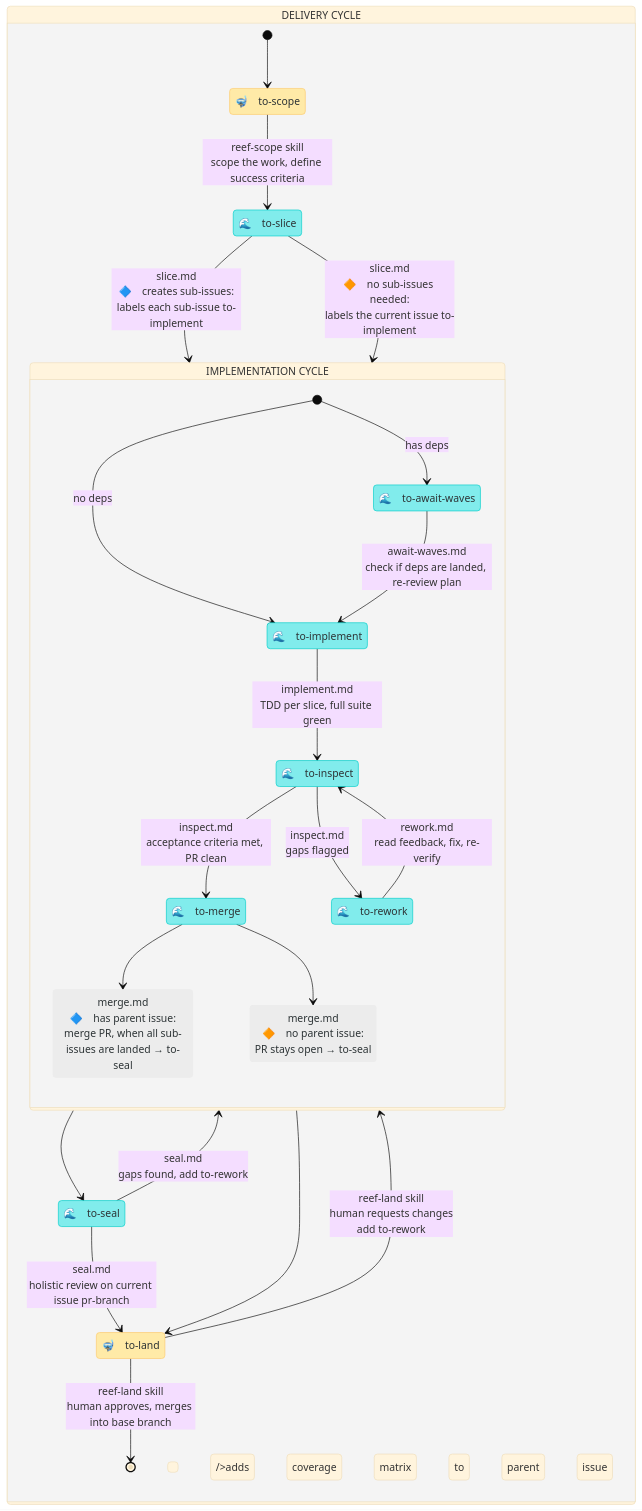
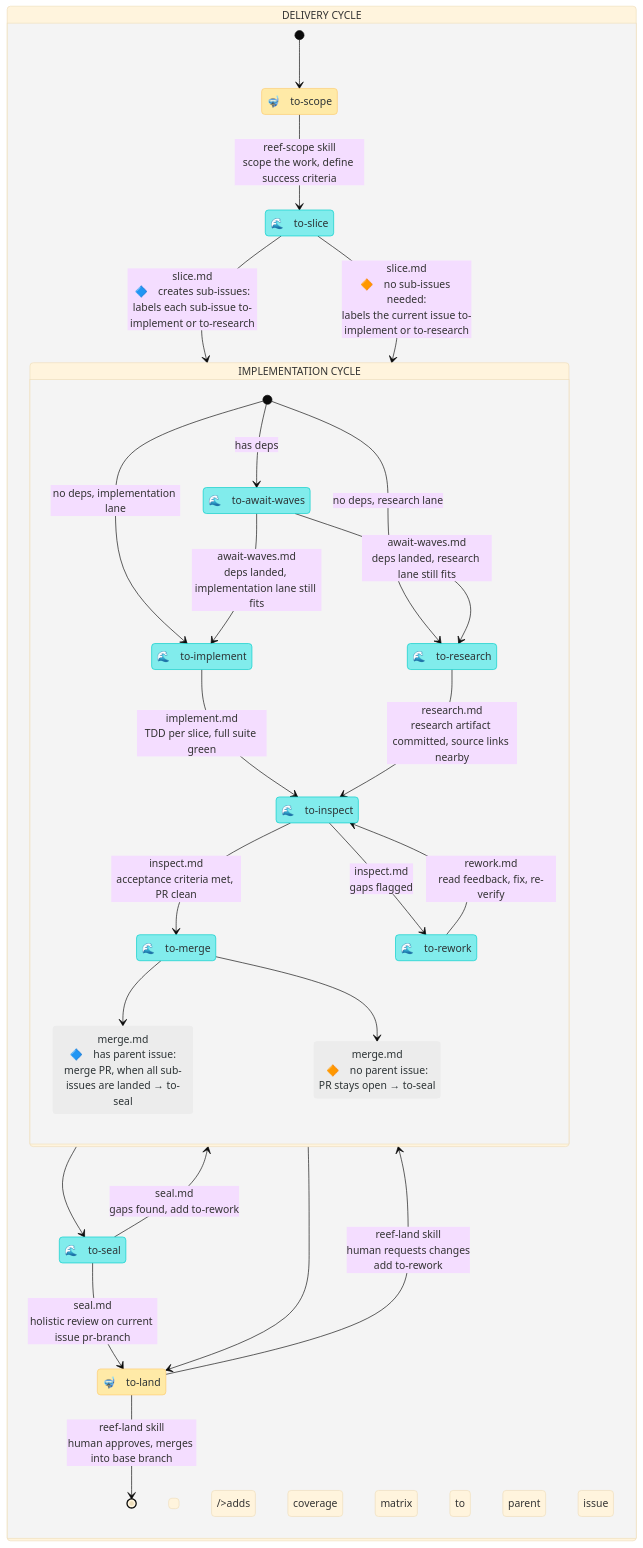
Before and after one commit to mesqueeb/moonjelly-reef: the diagram in README.md, drawn with Mermaid (base theme). The commit also changed other lines of this file and 20 other files, not shown here.

````diff
--- a/README.md
+++ b/README.md
@@ -30,52 +30,56 @@
 ```mermaid
 stateDiagram-v2
     direction TB
 
     classDef human fill:#ffeaa7,stroke:#fdcb6e,color:#2d3436
     classDef agent fill:#81ecec,stroke:#00cec9,color:#2d3436
     classDef arrow fill:#ececec,stroke:#ffffff00,color:#2d3436
 
     state "DELIVERY CYCLE" as work {
 
         state "🤿　to-scope" as to_scope
         state "🌊　to-slice" as to_slice
         state "🌊　to-seal" as to_seal
         state "🤿　to-land" as to_land
 
         [*] --> to_scope
         to_scope --> to_slice : reef-scope skill<br />scope the work, define success criteria
-        to_slice --> slice_lifecycle : slice.md<br />🔷　creates sub-issues:<br />labels each sub-issue to-implement
+        to_slice --> slice_lifecycle : slice.md<br />🔷　creates sub-issues:<br />labels each sub-issue to-implement or to-research
 <br />adds coverage matrix to parent issue
-        to_slice --> slice_lifecycle : slice.md<br />🔶　no sub-issues needed:<br />labels the current issue to-implement
+        to_slice --> slice_lifecycle : slice.md<br />🔶　no sub-issues needed:<br />labels the current issue to-implement or to-research
         slice_lifecycle --> to_seal
         slice_lifecycle --> to_land
         to_seal --> to_land : seal.md<br />holistic review on current issue pr-branch
         to_seal --> slice_lifecycle : seal.md<br />gaps found, add to-rework
         to_land --> [*] : reef-land skill<br />human approves, merges into base branch
         to_land --> slice_lifecycle : reef-land skill<br />human requests changes<br />add to-rework
     }
 
     state "IMPLEMENTATION CYCLE" as slice_lifecycle {
 
         state "🌊　to-await-waves" as to_await
         state "🌊　to-implement" as to_implement
+        state "🌊　to-research" as to_research
         state "🌊　to-inspect" as to_inspect
         state "🌊　to-rework" as to_rework
         state "🌊　to-merge" as to_merge
         state "merge.md<br />🔷　has parent issue:<br />merge PR, when all sub-issues are landed → to-seal" as merge_multi
         state "merge.md<br />🔶　no parent issue:<br />PR stays open → to-seal" as merge_single
-        [*] --> to_implement : no deps
+        [*] --> to_implement : no deps, implementation lane
+        [*] --> to_research : no deps, research lane
         [*] --> to_await : has deps
-        to_await --> to_implement : await-waves.md<br />check if deps are landed, re-review plan
+        to_await --> to_implement : await-waves.md<br />deps landed, implementation lane still fits
+        to_await --> to_research : await-waves.md<br />deps landed, research lane still fits
         to_implement --> to_inspect : implement.md<br />TDD per slice, full suite green
+        to_research --> to_inspect : research.md<br />research artifact committed, source links nearby
         to_inspect --> to_merge : inspect.md<br />acceptance criteria met, PR clean
         to_inspect --> to_rework : inspect.md<br />gaps flagged
         to_rework --> to_inspect : rework.md<br />read feedback, fix, re-verify
         to_merge --> merge_multi
         to_merge --> merge_single
     }
 
     class to_scope,to_land human
-    class to_slice,to_seal,plan_rework,to_await,to_implement,to_inspect,to_rework,to_merge agent
+    class to_slice,to_seal,plan_rework,to_await,to_implement,to_research,to_inspect,to_rework,to_merge agent
     class merge_multi,merge_single arrow
 ```
````
